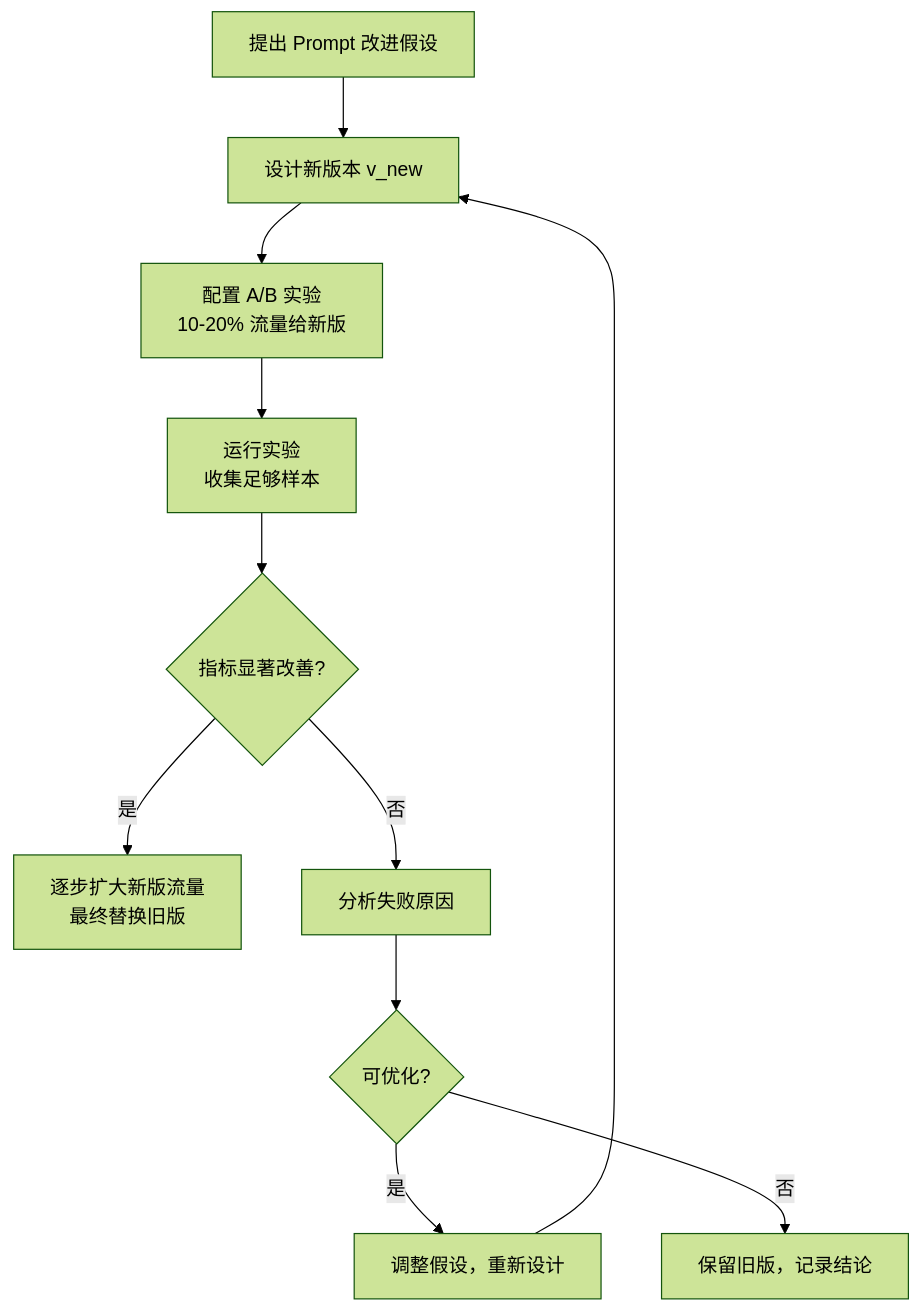
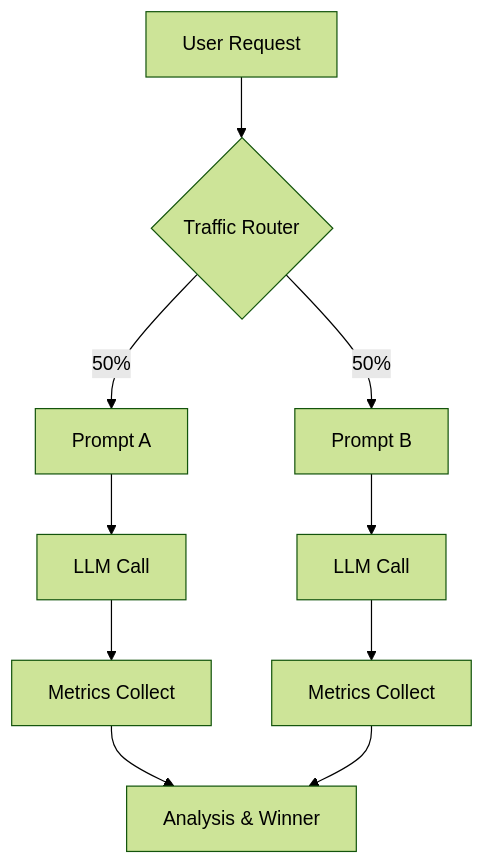
Before and after one commit to AmbitionC/front-end-journey-resource: the diagram in knowledge/llm/prompt/prompt-versioning.md, drawn with Mermaid (forest theme). The commit also changed other lines of this file and 16 other files, not shown here.

````diff
--- a/knowledge/llm/prompt/prompt-versioning.md
+++ b/knowledge/llm/prompt/prompt-versioning.md
@@ -250,13 +239,12 @@
 ```mermaid
-flowchart TD
-    A[提出 Prompt 改进假设] --> B[设计新版本 v_new]
-    B --> C[配置 A/B 实验\n10-20% 流量给新版]
-    C --> D[运行实验\n收集足够样本]
-    D --> E{指标显著改善?}
-    E -->|是| F[逐步扩大新版流量\n最终替换旧版]
-    E -->|否| G[分析失败原因]
-    G --> H{可优化?}
-    H -->|是| I[调整假设，重新设计]
-    H -->|否| J[保留旧版，记录结论]
-    I --> B
+graph TD
+    U[User Request] --> R{Traffic Router}
+    R -->|50%| PA[Prompt A]
+    R -->|50%| PB[Prompt B]
+    PA --> LLM_A[LLM Call]
+    PB --> LLM_B[LLM Call]
+    LLM_A --> MA[Metrics Collect]
+    LLM_B --> MB[Metrics Collect]
+    MA --> AN[Analysis & Winner]
+    MB --> AN
 ```
````
